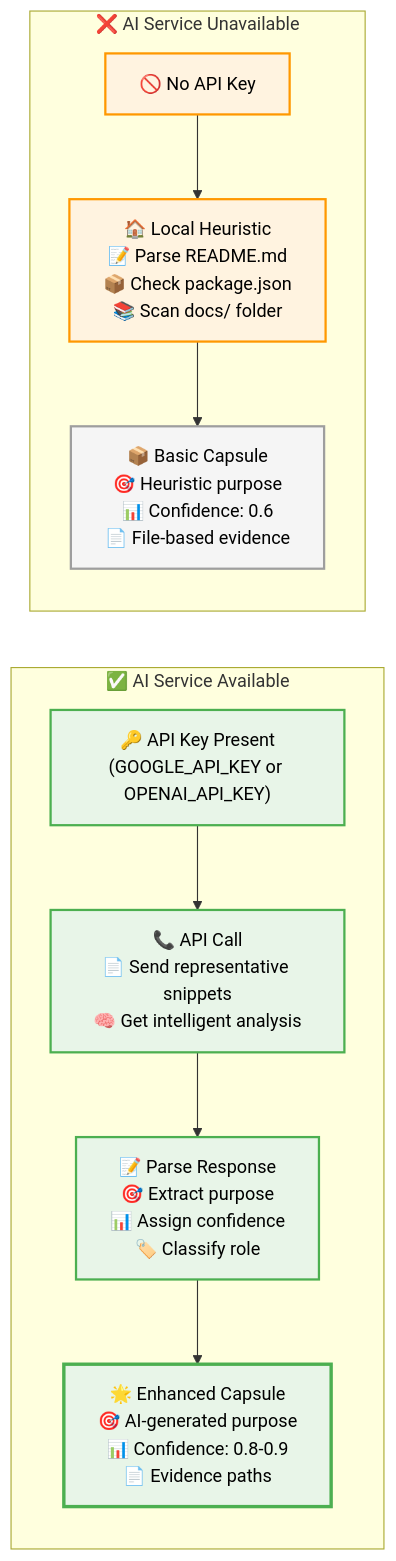
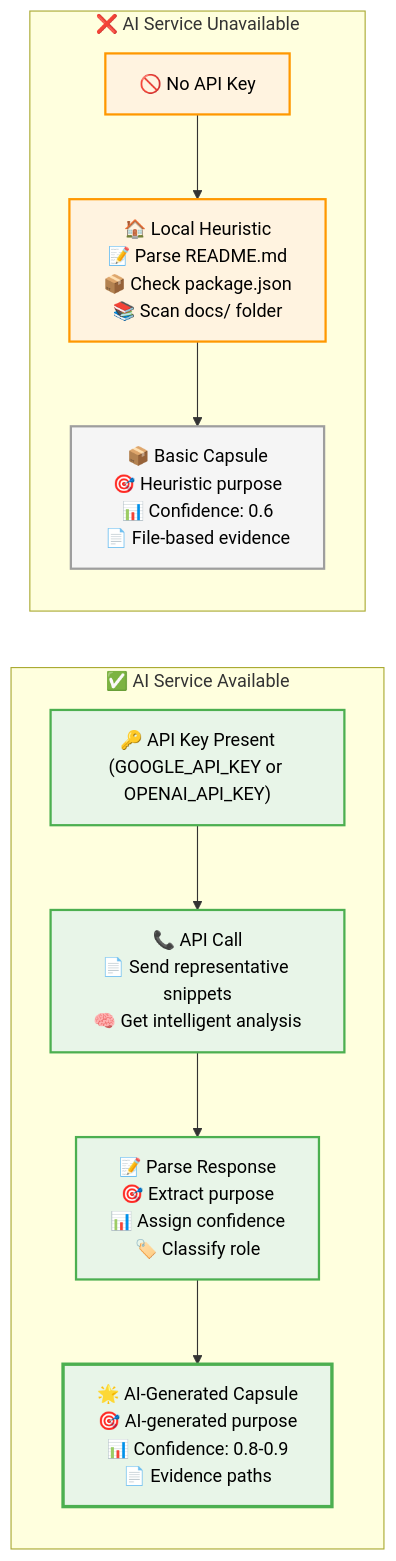
Diagram 13 of 13 in WORKFLOW_AND_TOOLS.md (atifshafi/workspace-mcp), drawn with Mermaid before and after one commit. The commit also changed other lines of this file and 1 other file, not shown here.

Commit message:
📝 Professional tone: Remove marketing language
🎯 Tone improvements:
- Removed marketing terms: 'transform', 'enhance', 'revolutionary'
- Replaced with professional technical language
- Changed 'Enhanced Capsule' → 'AI-Generated Capsule'
- Updated taglines to be descriptive rather than promotional

📖 Content refinements:
- 'Transform your workflow' → 'Set up workspace analysis'
- 'AI enhancement' → 'Configurable AI integration'
- 'Changes that' → 'Addresses that limitation'
- Maintained technical accuracy while improving professionalism

✅ Result: Clear, concise, elegant documentation focused on capabilities rather than marketing claims.

````diff
--- a/WORKFLOW_AND_TOOLS.md
+++ b/WORKFLOW_AND_TOOLS.md
@@ -624,25 +624,25 @@
 ```mermaid
 flowchart LR
     subgraph Available ["✅ AI Service Available"]
         API["🔑 API Key Present<br/>(GOOGLE_API_KEY or OPENAI_API_KEY)"]
         --> Call["📞 API Call<br/>📄 Send representative snippets<br/>🧠 Get intelligent analysis"]
         --> Parse["📝 Parse Response<br/>🎯 Extract purpose<br/>📊 Assign confidence<br/>🏷️ Classify role"]
-        --> Enhanced["🌟 Enhanced Capsule<br/>🎯 AI-generated purpose<br/>📊 Confidence: 0.8-0.9<br/>📄 Evidence paths"]
+        --> AIGenerated["🌟 AI-Generated Capsule<br/>🎯 AI-generated purpose<br/>📊 Confidence: 0.8-0.9<br/>📄 Evidence paths"]
     end
     
     subgraph Unavailable ["❌ AI Service Unavailable"]
         NoAPI["🚫 No API Key"]
         --> Heuristic["🏠 Local Heuristic<br/>📝 Parse README.md<br/>📦 Check package.json<br/>📚 Scan docs/ folder"]
         --> Basic["📦 Basic Capsule<br/>🎯 Heuristic purpose<br/>📊 Confidence: 0.6<br/>📄 File-based evidence"]
     end
     
     classDef available fill:#e8f5e8,stroke:#4caf50,stroke-width:2px,color:#000
     classDef unavailable fill:#fff3e0,stroke:#ff9800,stroke-width:2px,color:#000
-    classDef enhanced fill:#e8f5e8,stroke:#4caf50,stroke-width:3px,color:#000
+    classDef aigenerated fill:#e8f5e8,stroke:#4caf50,stroke-width:3px,color:#000
     classDef basic fill:#f5f5f5,stroke:#9e9e9e,stroke-width:2px,color:#000
 
     class API,Call,Parse available
     class NoAPI,Heuristic unavailable
-    class Enhanced enhanced
+    class AIGenerated aigenerated
     class Basic basic
 ```
````
